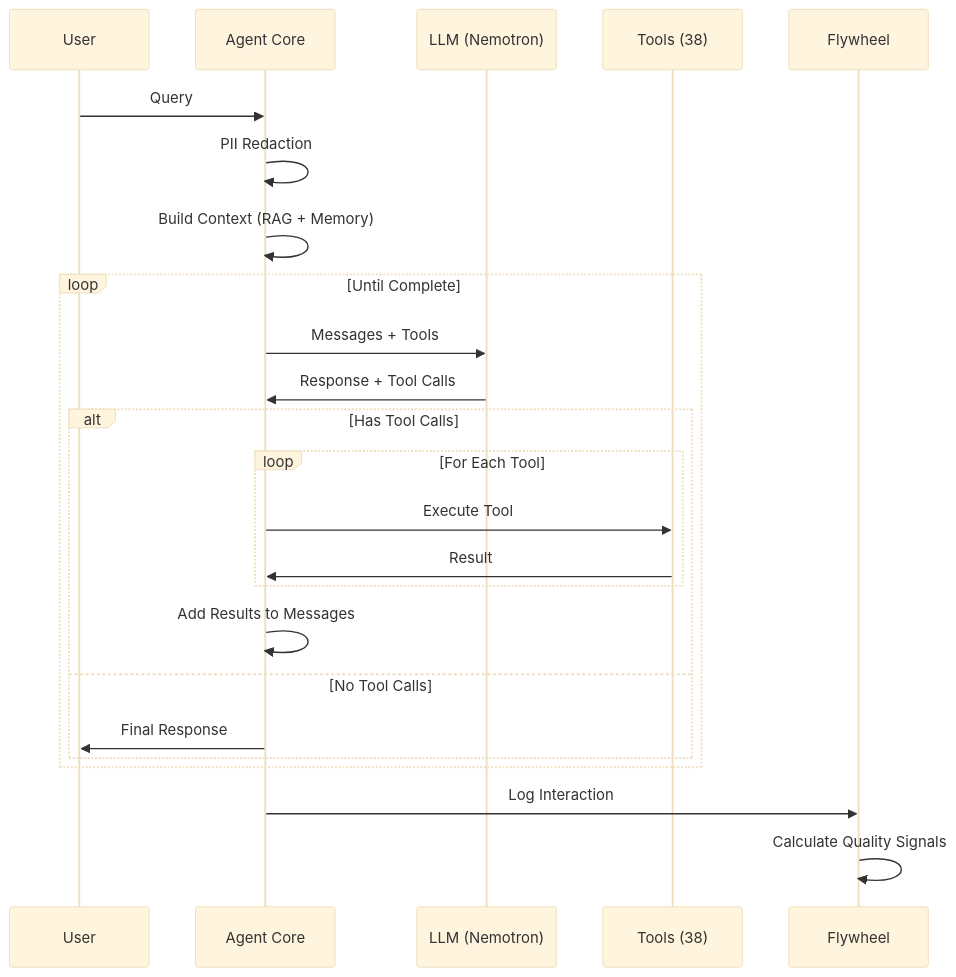
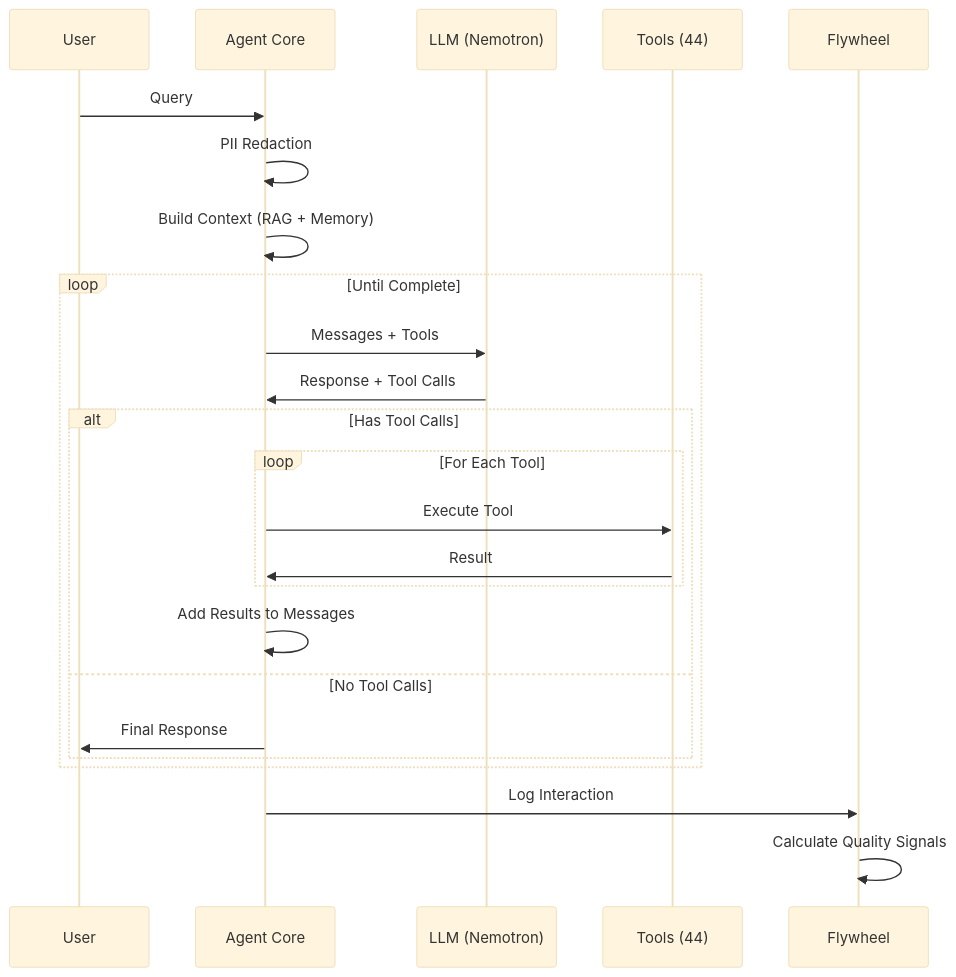
One commit to caser-legal/nvidia-cli changed the fifth of 10 diagrams in README.md. Above: the diagram before and after it, drawn with Mermaid (base theme). The commit also changed other lines of this file, not shown here.

First line of the commit message:
docs: Update README with current status - 44 tools, MCP v2.0.0, Dec 2025

````diff
--- a/README.md
+++ b/README.md
@@ -974,30 +981,30 @@
 ```mermaid
 sequenceDiagram
     participant U as User
     participant A as Agent Core
     participant L as LLM (Nemotron)
-    participant T as Tools (38)
+    participant T as Tools (44)
     participant F as Flywheel
 
     U->>A: Query
     A->>A: PII Redaction
     A->>A: Build Context (RAG + Memory)
     
     loop Until Complete
         A->>L: Messages + Tools
         L->>A: Response + Tool Calls
         
         alt Has Tool Calls
             loop For Each Tool
                 A->>T: Execute Tool
                 T->>A: Result
             end
             A->>A: Add Results to Messages
         else No Tool Calls
             A->>U: Final Response
         end
     end
     
     A->>F: Log Interaction
     F->>F: Calculate Quality Signals
 ```
````
